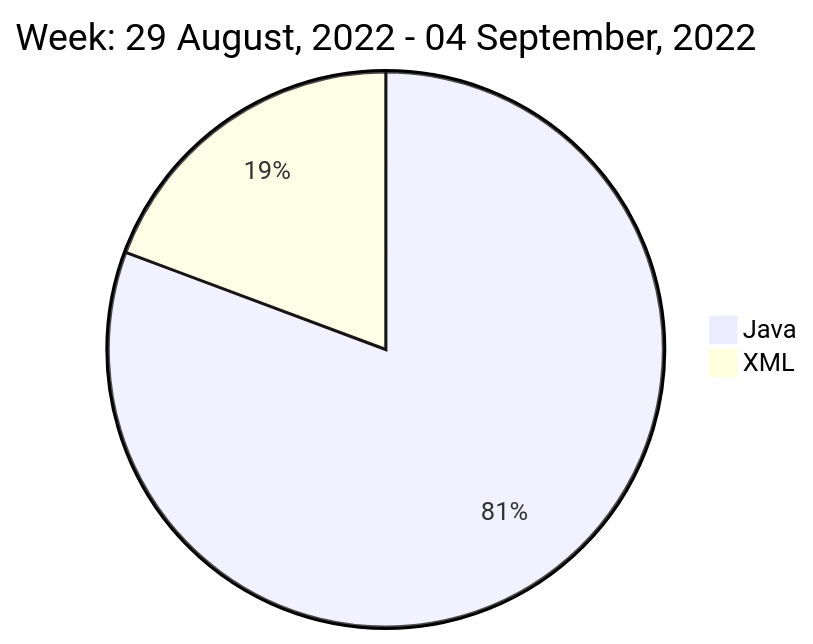
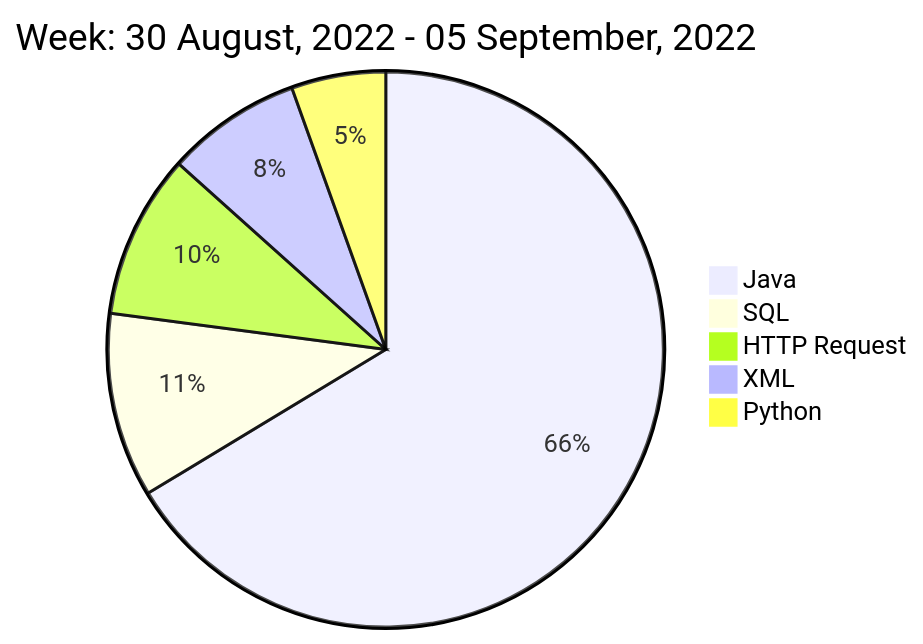
The diagram in README.md (liubin95/liubin95), drawn with Mermaid before and after one commit.

Commit message:
Updated the Graph with new Metrics

````diff
--- a/README.md
+++ b/README.md
@@ -40,6 +40,9 @@
 ```mermaid
  pie
-title Week: 29 August, 2022 - 04 September, 2022
- "Java" : 1.17
- "XML" : 0.28
+title Week: 30 August, 2022 - 05 September, 2022
+ "Java" : 2.78
+ "SQL" : 0.45
+ "HTTP Request" : 0.4
+ "XML" : 0.33
+ "Python" : 0.23
 ```
````
